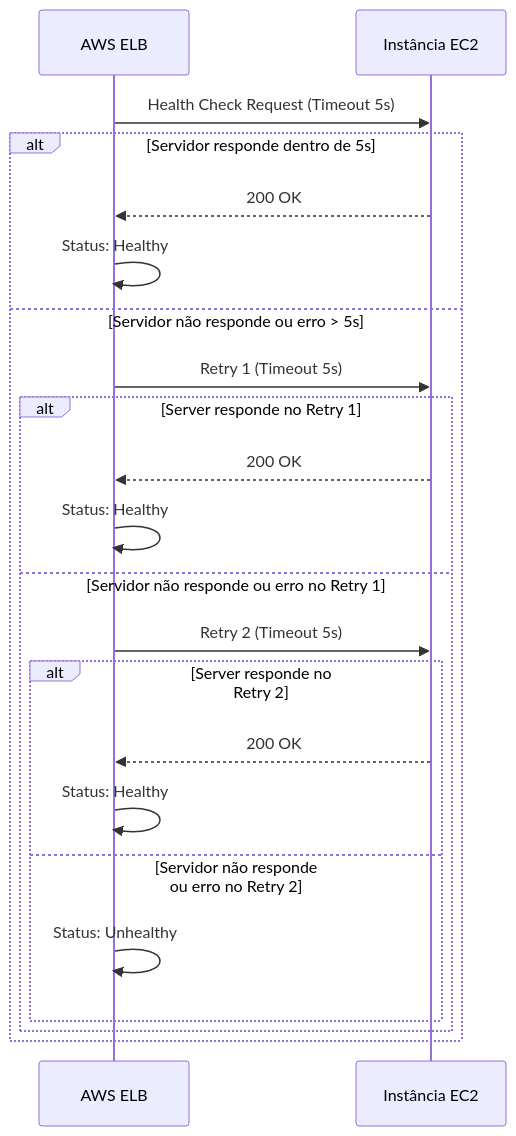
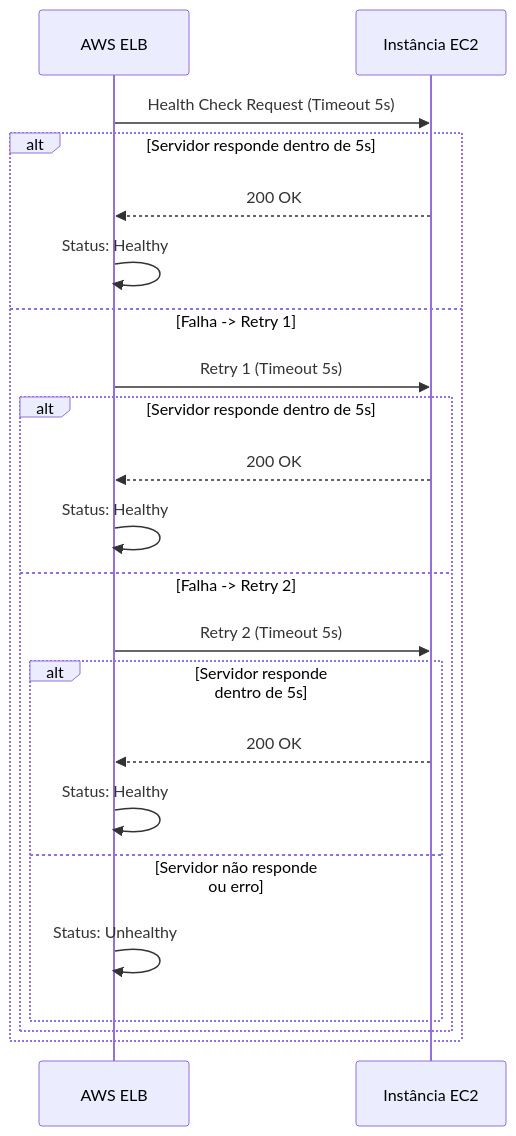
Before and after one commit to pitroldev/uerj-tcc: the diagram in diagrams/elb-health-check.mmd, drawn with Mermaid. The commit also changed 4 other files, not shown here.

```diff
--- a/diagrams/elb-health-check.mmd
+++ b/diagrams/elb-health-check.mmd
@@ -1,23 +1,23 @@
 sequenceDiagram
     participant ELB as AWS ELB
     participant Server as Instância EC2
 
     ELB->>Server: Health Check Request (Timeout 5s)
     alt Servidor responde dentro de 5s
         Server-->>ELB: 200 OK
         ELB->>ELB: Status: Healthy
-    else Servidor não responde ou erro > 5s
+    else Falha -> Retry 1
         ELB->>Server: Retry 1 (Timeout 5s)
-        alt Server responde no Retry 1
+        alt Servidor responde dentro de 5s
             Server-->>ELB: 200 OK
             ELB->>ELB: Status: Healthy
-        else Servidor não responde ou erro no Retry 1
+        else Falha -> Retry 2
             ELB->>Server: Retry 2 (Timeout 5s)
-            alt Server responde no Retry 2
+            alt Servidor responde dentro de 5s
                 Server-->>ELB: 200 OK
                 ELB->>ELB: Status: Healthy
-            else Servidor não responde ou erro no Retry 2
+            else Servidor não responde ou erro
                 ELB->>ELB: Status: Unhealthy
             end
         end
     end
```
